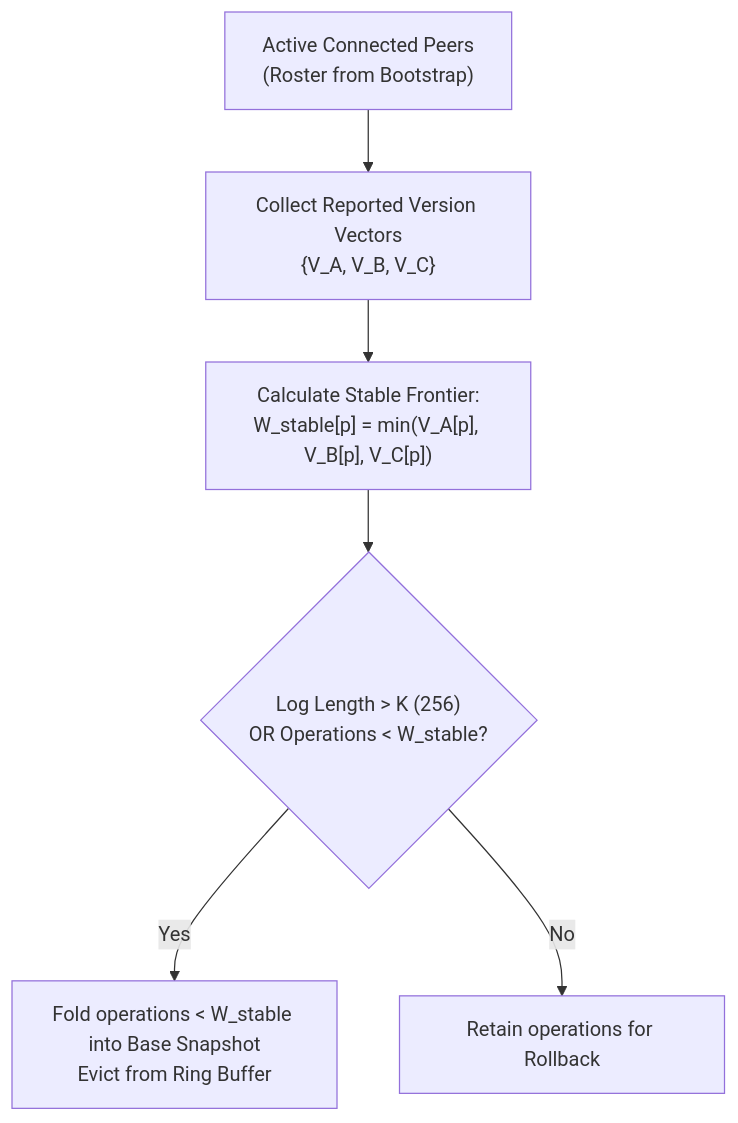
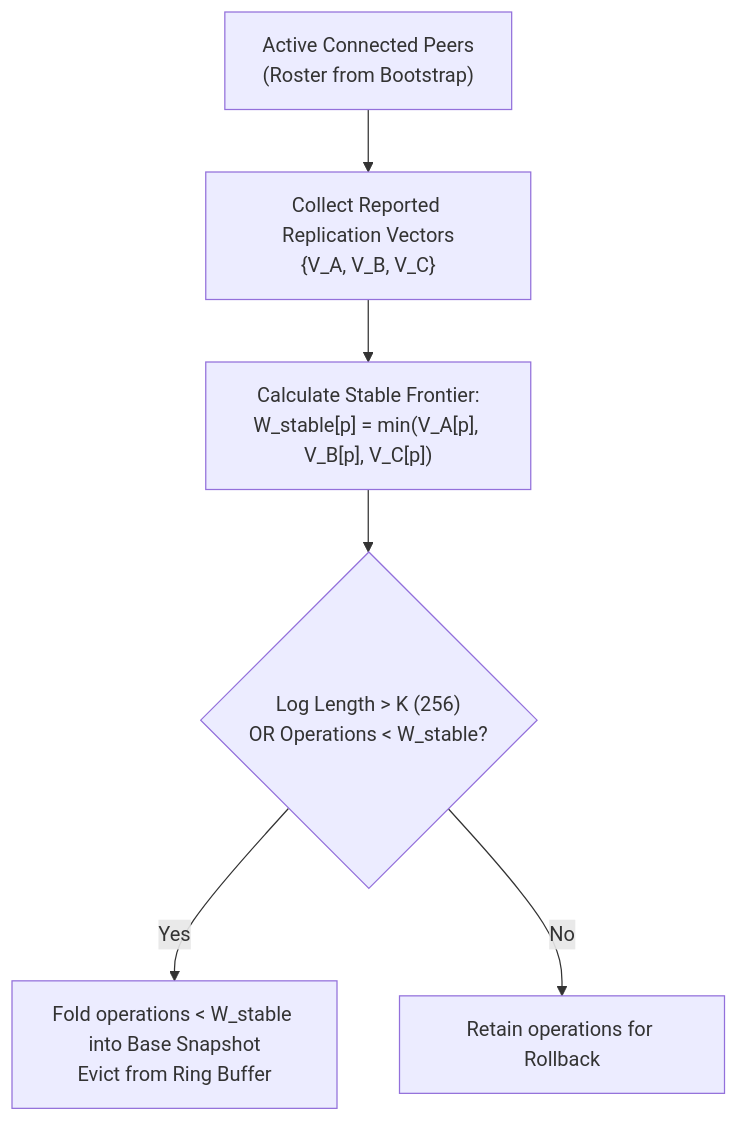
One commit to Tejdeepakchandra/SyncPlay_Protocol changed the fourth of 5 diagrams in docs/PHASE7_2_LLD.md. Above: the diagram before and after it, drawn with Mermaid. The commit also changed other lines of this file and 9 other files, not shown here.

````diff
--- a/docs/PHASE7_2_LLD.md
+++ b/docs/PHASE7_2_LLD.md
@@ -312,8 +377,8 @@
 ```mermaid
 flowchart TD
-    Peers["Active Connected Peers<br/>(Roster from Bootstrap)"] --> VV_Collect["Collect Reported Version Vectors<br/>{V_A, V_B, V_C}"]
+    Peers["Active Connected Peers<br/>(Roster from Bootstrap)"] --> VV_Collect["Collect Reported Replication Vectors<br/>{V_A, V_B, V_C}"]
     VV_Collect --> MinCalc["Calculate Stable Frontier:<br/>W_stable[p] = min(V_A[p], V_B[p], V_C[p])"]
     MinCalc --> HorizonCheck{"Log Length > K (256)<br/>OR Operations < W_stable?"}
     HorizonCheck -->|Yes| Compact["Fold operations < W_stable into Base Snapshot<br/>Evict from Ring Buffer"]
     HorizonCheck -->|No| Retain["Retain operations for Rollback"]
 ```
````
